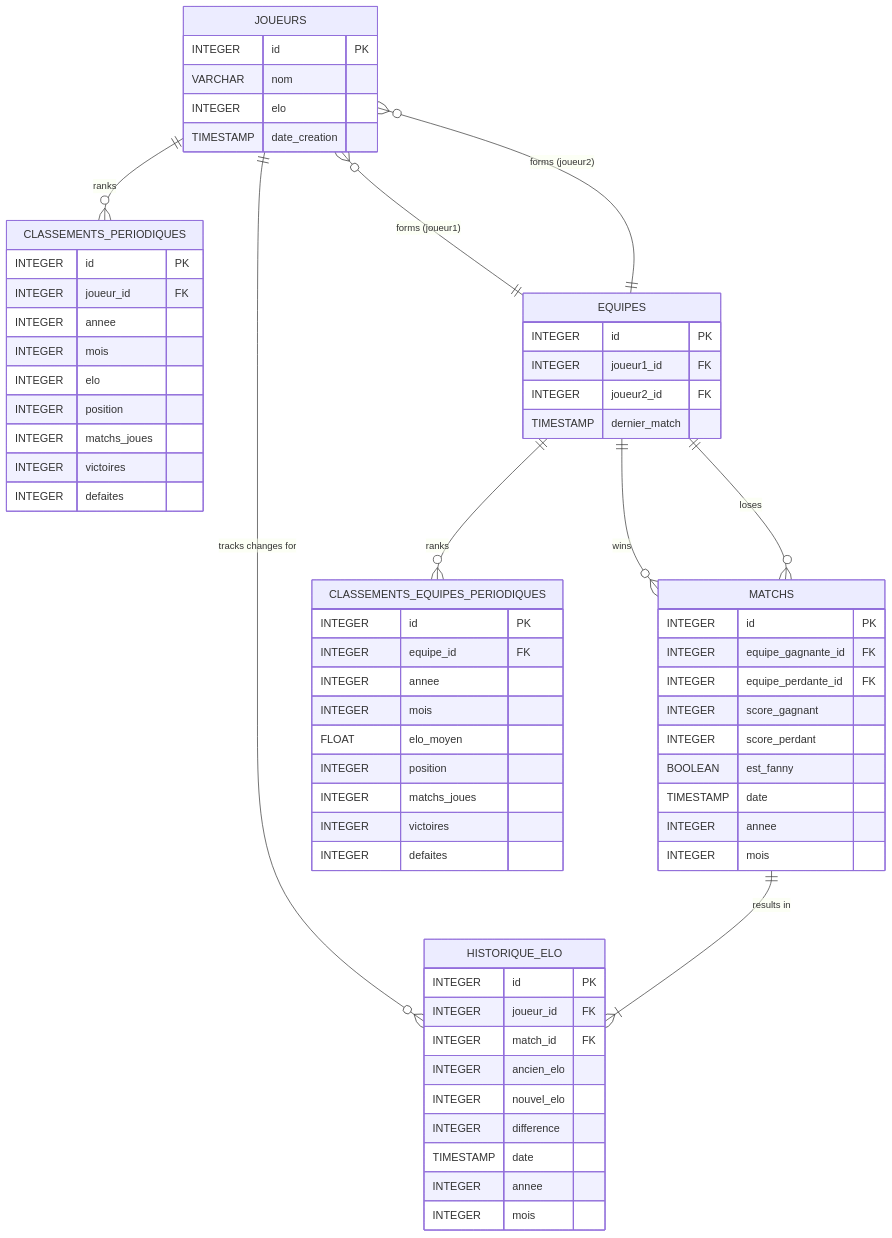
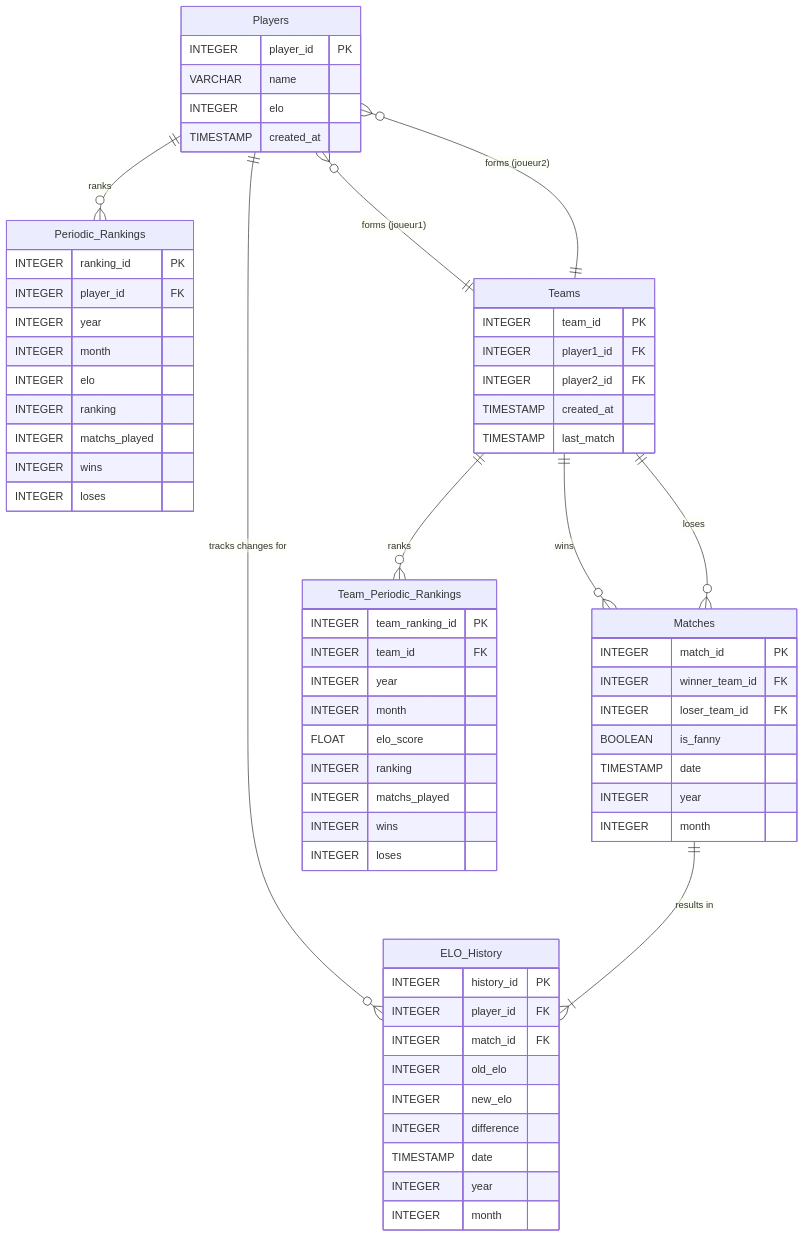
The diagram in docs/project.md (schalappe/baby_foot_elo), drawn with Mermaid before and after one commit. The commit also changed other lines of this file, not shown here.

Commit message:
refactor: translate database schema to English and standardize field naming conventions

````diff
--- a/docs/project.md
+++ b/docs/project.md
@@ -83,75 +83,74 @@
 ```mermaid
 erDiagram
-    JOUEURS ||--o{ HISTORIQUE_ELO : "tracks changes for"
-    JOUEURS ||--o{ CLASSEMENTS_PERIODIQUES : "ranks"
-    JOUEURS }o--|| EQUIPES : "forms (joueur1)"
-    JOUEURS }o--|| EQUIPES : "forms (joueur2)"
+    Players ||--o{ ELO_History : "tracks changes for"
+    Players ||--o{ Periodic_Rankings : "ranks"
+    Players }o--|| Teams : "forms (joueur1)"
+    Players }o--|| Teams : "forms (joueur2)"
 
-    EQUIPES ||--o{ MATCHS : "wins"
-    EQUIPES ||--o{ MATCHS : "loses"
-    EQUIPES ||--o{ CLASSEMENTS_EQUIPES_PERIODIQUES : "ranks"
+    Teams ||--o{ Matches : "wins"
+    Teams ||--o{ Matches : "loses"
+    Teams ||--o{ Team_Periodic_Rankings : "ranks"
 
-    MATCHS ||--|{ HISTORIQUE_ELO : "results in"
+    Matches ||--|{ ELO_History : "results in"
 
-    JOUEURS {
-        INTEGER id PK
-        VARCHAR nom
+    Players {
+        INTEGER player_id PK
+        VARCHAR name
         INTEGER elo
-        TIMESTAMP date_creation
+        TIMESTAMP created_at
     }
 
-    EQUIPES {
-        INTEGER id PK
-        INTEGER joueur1_id FK
-        INTEGER joueur2_id FK
-        TIMESTAMP dernier_match
+    Teams {
+        INTEGER team_id PK
+        INTEGER player1_id FK
+        INTEGER player2_id FK
+        TIMESTAMP created_at
+        TIMESTAMP last_match
     }
 
-    MATCHS {
-        INTEGER id PK
-        INTEGER equipe_gagnante_id FK
-        INTEGER equipe_perdante_id FK
-        INTEGER score_gagnant
-        INTEGER score_perdant
-        BOOLEAN est_fanny
+    Matches {
+        INTEGER match_id PK
+        INTEGER winner_team_id FK
+        INTEGER loser_team_id FK
+        BOOLEAN is_fanny
         TIMESTAMP date
-        INTEGER annee
-        INTEGER mois
+        INTEGER year
+        INTEGER month
     }
 
-    HISTORIQUE_ELO {
-        INTEGER id PK
-        INTEGER joueur_id FK
+    ELO_History {
+        INTEGER history_id PK
+        INTEGER player_id FK
         INTEGER match_id FK
-        INTEGER ancien_elo
-        INTEGER nouvel_elo
+        INTEGER old_elo
+        INTEGER new_elo
         INTEGER difference
         TIMESTAMP date
-        INTEGER annee
-        INTEGER mois
+        INTEGER year
+        INTEGER month
     }
 
-    CLASSEMENTS_PERIODIQUES {
-        INTEGER id PK
-        INTEGER joueur_id FK
-        INTEGER annee
-        INTEGER mois
+    Periodic_Rankings {
+        INTEGER ranking_id PK
+        INTEGER player_id FK
+        INTEGER year
+        INTEGER month
         INTEGER elo
-        INTEGER position
-        INTEGER matchs_joues
-        INTEGER victoires
-        INTEGER defaites
+        INTEGER ranking
+        INTEGER matchs_played
+        INTEGER wins
+        INTEGER loses
     }
 
-    CLASSEMENTS_EQUIPES_PERIODIQUES {
-        INTEGER id PK
-        INTEGER equipe_id FK
-        INTEGER annee
-        INTEGER mois
-        FLOAT elo_moyen
-        INTEGER position
-        INTEGER matchs_joues
-        INTEGER victoires
-        INTEGER defaites
+    Team_Periodic_Rankings {
+        INTEGER team_ranking_id PK
+        INTEGER team_id FK
+        INTEGER year
+        INTEGER month
+        FLOAT elo_score
+        INTEGER ranking
+        INTEGER matchs_played
+        INTEGER wins
+        INTEGER loses
     }
 ```
````
